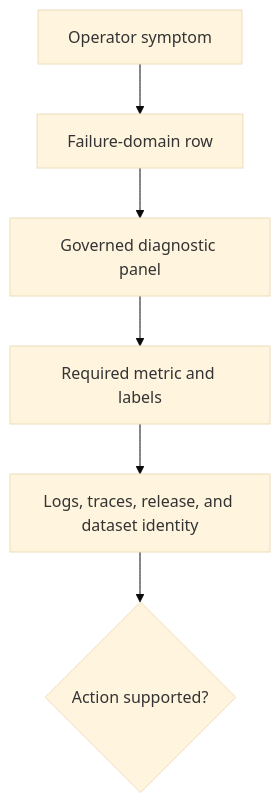
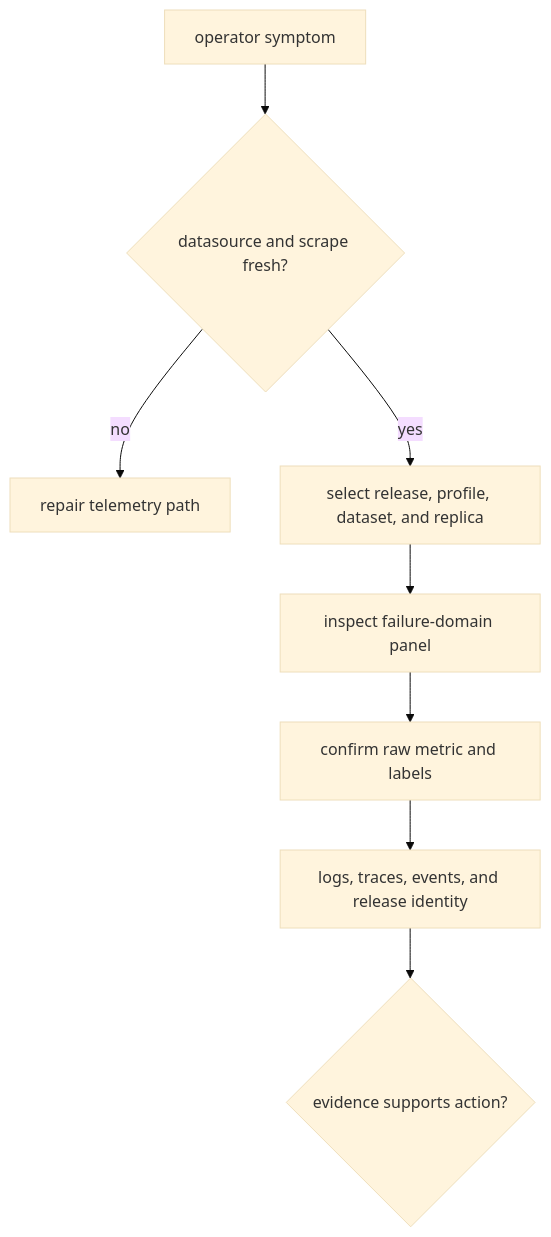
The diagram in docs/bijux-atlas-ops/observability/dashboards-and-panels.md (bijux/bijux-atlas), drawn with Mermaid (base theme) before and after one commit. The commit also changed other lines of this file and 2 other files, not shown here.

Commit message:
docs(observability): qualify alert dashboard and drill evidence

````diff
--- a/docs/bijux-atlas-ops/observability/dashboards-and-panels.md
+++ b/docs/bijux-atlas-ops/observability/dashboards-and-panels.md
@@ -35,8 +60,10 @@
 ```mermaid
 flowchart TD
-    Symptom["Operator symptom"] --> Row["Failure-domain row"]
-    Row --> Panel["Governed diagnostic panel"]
-    Panel --> Metric["Required metric and labels"]
-    Metric --> Correlate["Logs, traces, release, and dataset identity"]
-    Correlate --> Decision{"Action supported?"}
+    Symptom["operator symptom"] --> Fresh{"datasource and scrape fresh?"}
+    Fresh -- no --> Telemetry["repair telemetry path"]
+    Fresh -- yes --> Scope["select release, profile, dataset, and replica"]
+    Scope --> Panel["inspect failure-domain panel"]
+    Panel --> Raw["confirm raw metric and labels"]
+    Raw --> Correlate["logs, traces, events, and release identity"]
+    Correlate --> Action{"evidence supports action?"}
 ```
````
